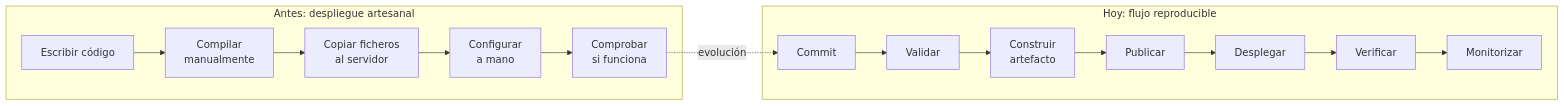
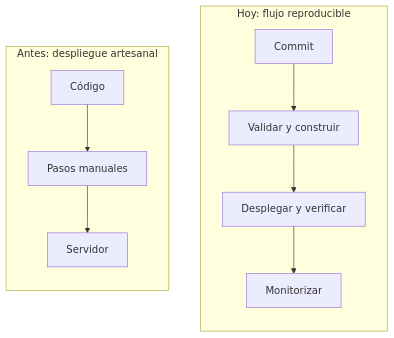
The first of 8 diagrams in docs/tema1/arquitecturas-despliegue.md (alejandroroig/despliegue-daw), drawn with Mermaid before and after one commit. The commit also changed other lines of this file and 14 other files, not shown here.

````diff
--- a/docs/tema1/arquitecturas-despliegue.md
+++ b/docs/tema1/arquitecturas-despliegue.md
@@ -32,20 +32,14 @@
 ```mermaid
-flowchart LR
-    subgraph ANT["Antes: despliegue artesanal"]
-        A1["Escribir código"] --> A2["Compilar<br/>manualmente"]
-        A2 --> A3["Copiar ficheros<br/>al servidor"]
-        A3 --> A4["Configurar<br/>a mano"]
-        A4 --> A5["Comprobar<br/>si funciona"]
+flowchart TB
+    subgraph MOD["Hoy: flujo reproducible"]
+        direction TB
+        B1["Commit"] --> B2["Validar y construir"]
+        B2 --> B3["Desplegar y verificar"]
+        B3 --> B4["Monitorizar"]
     end
 
-    subgraph MOD["Hoy: flujo reproducible"]
-        B1["Commit"] --> B2["Validar"]
-        B2 --> B3["Construir<br/>artefacto"]
-        B3 --> B4["Publicar"]
-        B4 --> B5["Desplegar"]
-        B5 --> B6["Verificar"]
-        B6 --> B7["Monitorizar"]
+    subgraph ANT["Antes: despliegue artesanal"]
+        direction TB
+        A1["Código"] --> A2["Pasos manuales"] --> A3["Servidor"]
     end
-
-    A5 -. "evolución" .-> B1
 ```
````
